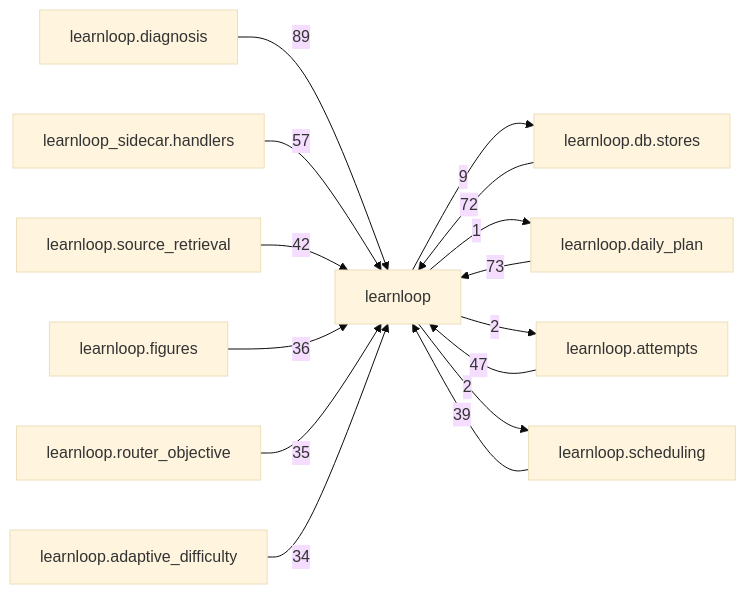
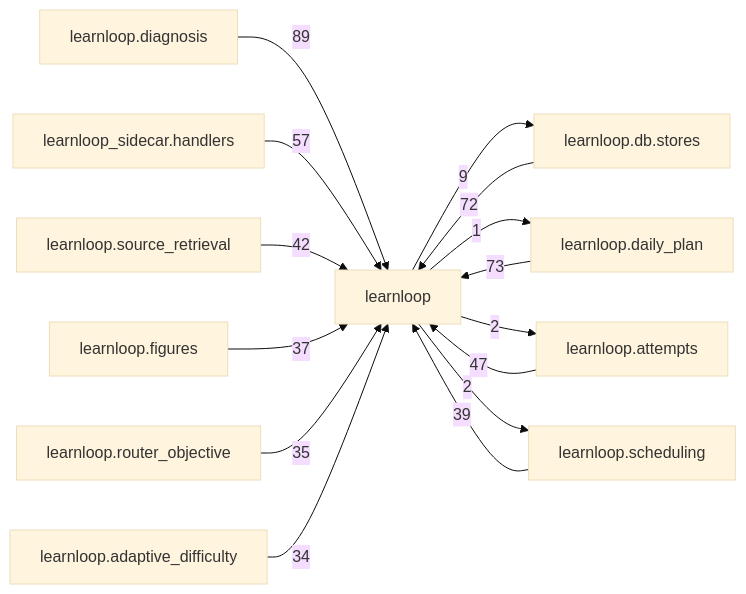
Before and after one commit to 6up-b/learnanything: the diagram in docs/learnloop-architecture-vault/Reference/Modules/learnloop/_package.md, drawn with Mermaid (base theme). The commit also changed other lines of this file and 90 other files, not shown here.

````diff
--- a/docs/learnloop-architecture-vault/Reference/Modules/learnloop/_package.md
+++ b/docs/learnloop-architecture-vault/Reference/Modules/learnloop/_package.md
@@ -275,28 +275,28 @@
 ```mermaid
 flowchart LR
     center["learnloop"]
     n_learnloop_diagnosis["learnloop.diagnosis"]
     n_learnloop_db_stores["learnloop.db.stores"]
     n_learnloop_daily_plan["learnloop.daily_plan"]
     n_learnloop_sidecar_handlers["learnloop_sidecar.handlers"]
     n_learnloop_attempts["learnloop.attempts"]
     n_learnloop_source_retrieval["learnloop.source_retrieval"]
     n_learnloop_scheduling["learnloop.scheduling"]
     n_learnloop_figures["learnloop.figures"]
     n_learnloop_router_objective["learnloop.router_objective"]
     n_learnloop_adaptive_difficulty["learnloop.adaptive_difficulty"]
     n_learnloop_diagnosis -->|89| center
     n_learnloop_db_stores -->|72| center
     center -->|9| n_learnloop_db_stores
     n_learnloop_daily_plan -->|73| center
     center -->|1| n_learnloop_daily_plan
     n_learnloop_sidecar_handlers -->|57| center
     n_learnloop_attempts -->|47| center
     center -->|2| n_learnloop_attempts
     n_learnloop_source_retrieval -->|42| center
     n_learnloop_scheduling -->|39| center
     center -->|2| n_learnloop_scheduling
-    n_learnloop_figures -->|36| center
+    n_learnloop_figures -->|37| center
     n_learnloop_router_objective -->|35| center
     n_learnloop_adaptive_difficulty -->|34| center
 ```
````
